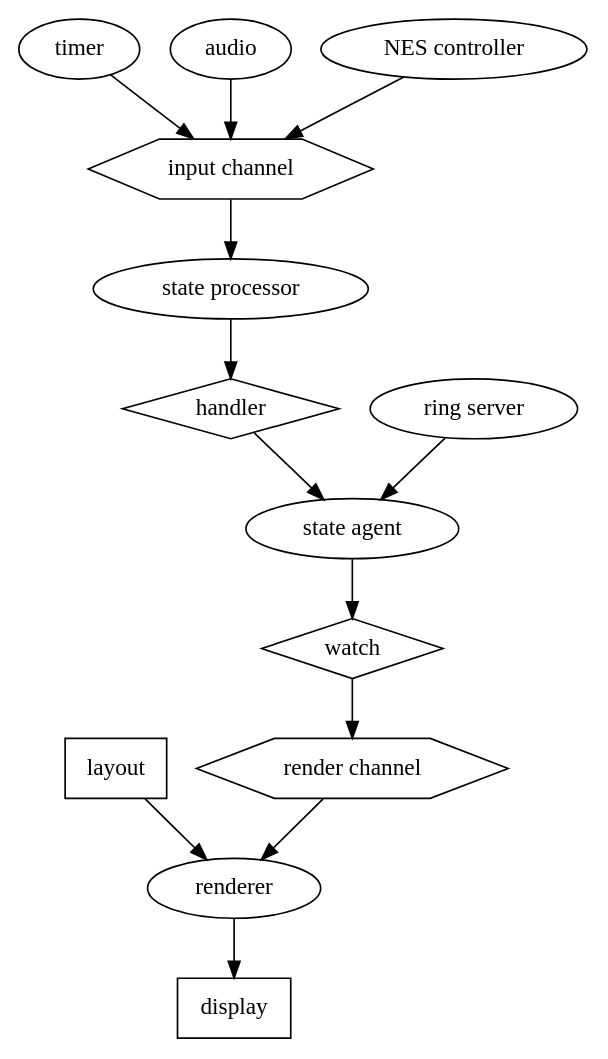
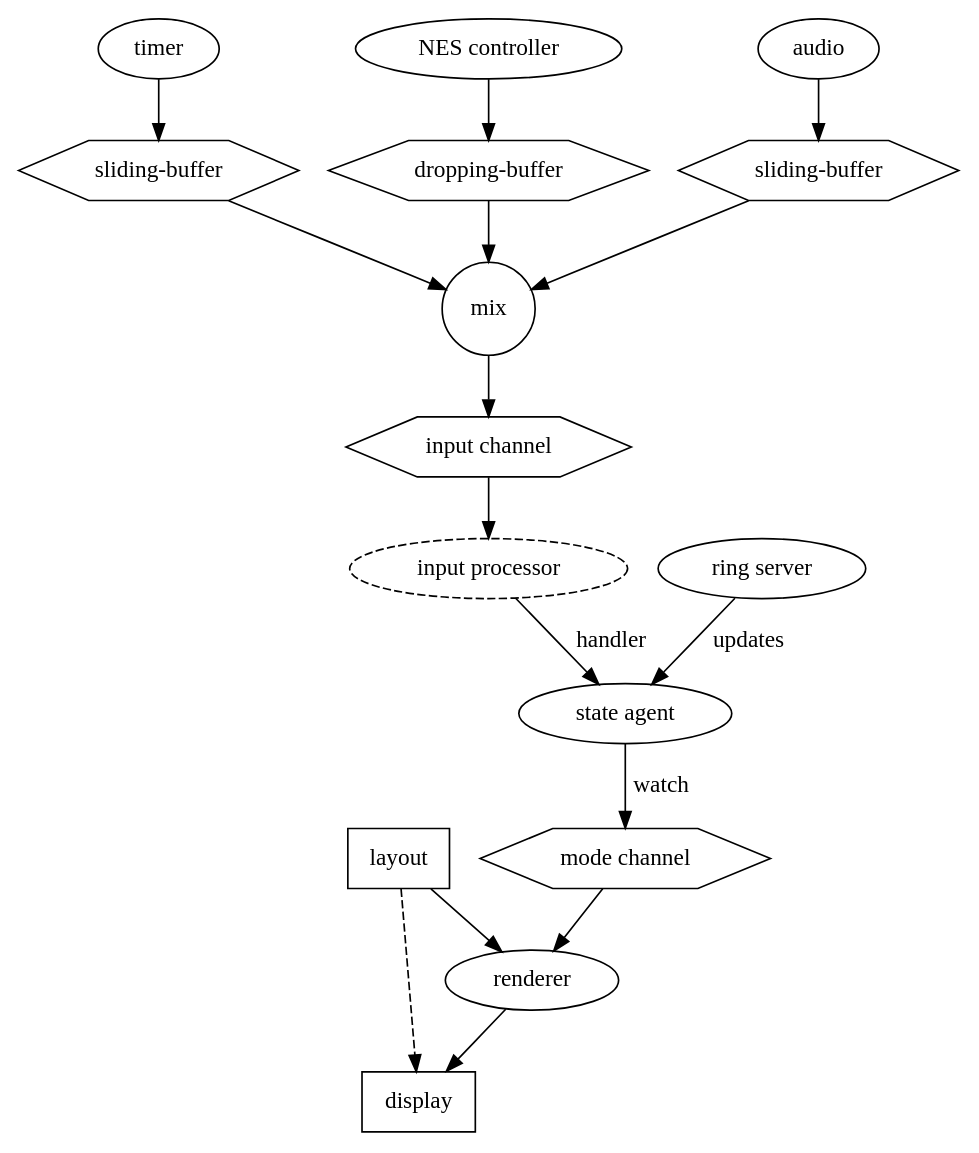
One commit to playasophy/wonderdome changed the diagram in doc/system.dot. Above: the diagram before and after it, drawn with Graphviz. The commit also changed 1 other file, not shown here.

Commit message:
Update system dot file with more detail.

```diff
--- a/doc/system.dot
+++ b/doc/system.dot
@@ -1,48 +1,56 @@
 // Wonderdome system graph
 
 digraph components {
     node [shape=ellipse];
 
     /*
     subgraph cluster_legend {
         thread [shape=ellipse];
         queue [shape=box];
         function [shape=diamond];
         component [shape=hexagon];
     }
     */
 
-    // Components
+    // Basic components
+    state_agent [label="state agent"];
     layout [shape=box];
     display [shape=box];
-
-    // Channels
-    input_channel [label="input channel",shape=hexagon];
-    render_channel [label="render channel",shape=hexagon];
-
-    // Input sources
-    timer_input [label="timer"];
-    audio_input [label="audio"];
-    button_input [label="NES controller"];
-
-    // System consumer
-    input_processor [label="state processor"];
-    event_handler [label="handler",shape=diamond];
-    state_agent [label="state agent"];
+    layout -> display [style="dashed"];
 
     // Rendering process
-    render_watch [label="watch",shape=diamond];
+    render_channel [label="mode channel",shape=hexagon];
     render_process [label="renderer"];
+    render_channel -> render_process;
+    layout -> render_process -> display;
+    state_agent -> render_channel [label="watch"];
+
+    // Input channel
+    input_mix [label="mix",shape=circle];
+    input_channel [label="input channel",shape=hexagon];
+    input_mix -> input_channel;
+
+    // Timer input
+    timer_input [label="timer"];
+    timer_buffer [label="sliding-buffer",shape=hexagon];
+    timer_input -> timer_buffer -> input_mix;
+
+    // Button input
+    button_input [label="NES controller"];
+    button_buffer [label="dropping-buffer",shape=hexagon];
+    button_input -> button_buffer -> input_mix;
+
+    // Audio input
+    audio_input [label="audio"];
+    audio_buffer [label="sliding-buffer",shape=hexagon];
+    audio_input -> audio_buffer -> input_mix;
+
+    // Input processor
+    input_processor [label="input processor",style=dashed];
+    input_channel -> input_processor;
+    input_processor -> state_agent [label="handler"];
 
     // Web server
     ring_server [label="ring server"];
-
-    // Data flows
-    timer_input -> input_channel;
-    audio_input -> input_channel;
-    button_input -> input_channel;
-    input_channel -> input_processor -> event_handler -> state_agent;
-    ring_server -> state_agent;
-    layout -> render_process;
-    state_agent -> render_watch -> render_channel -> render_process -> display;
+    ring_server -> state_agent [label="updates"];
 }
```
